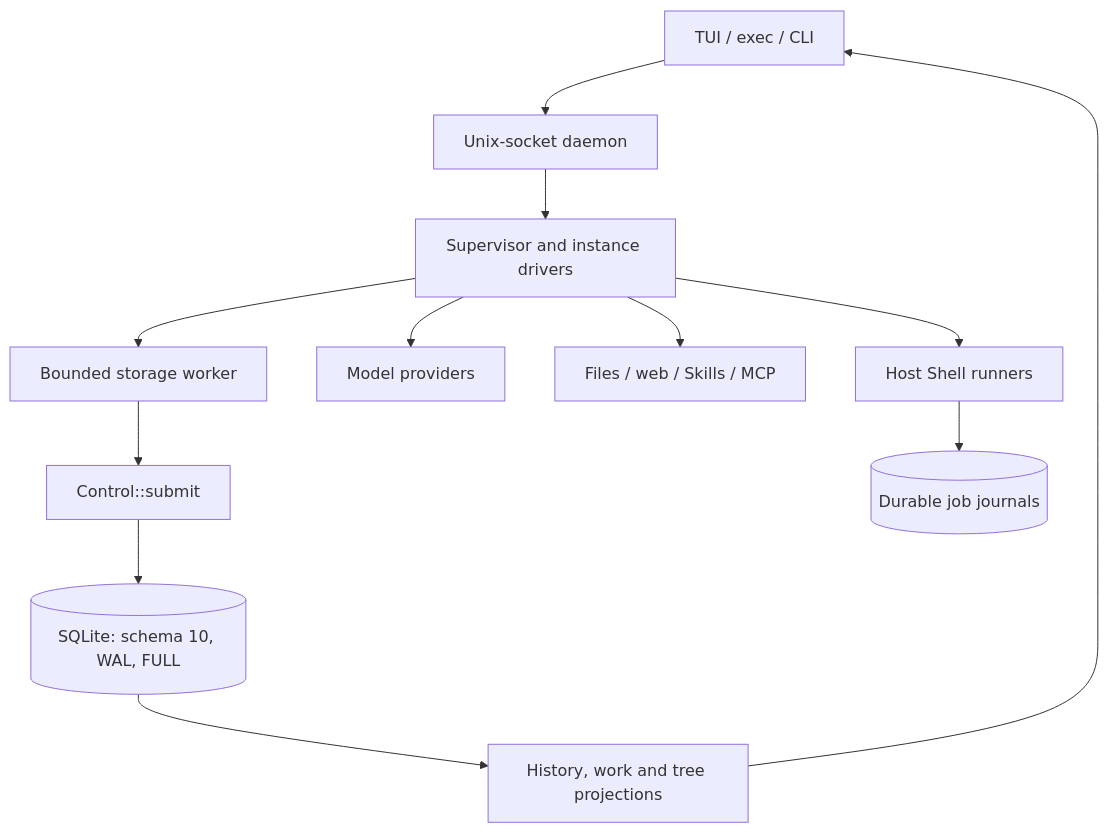
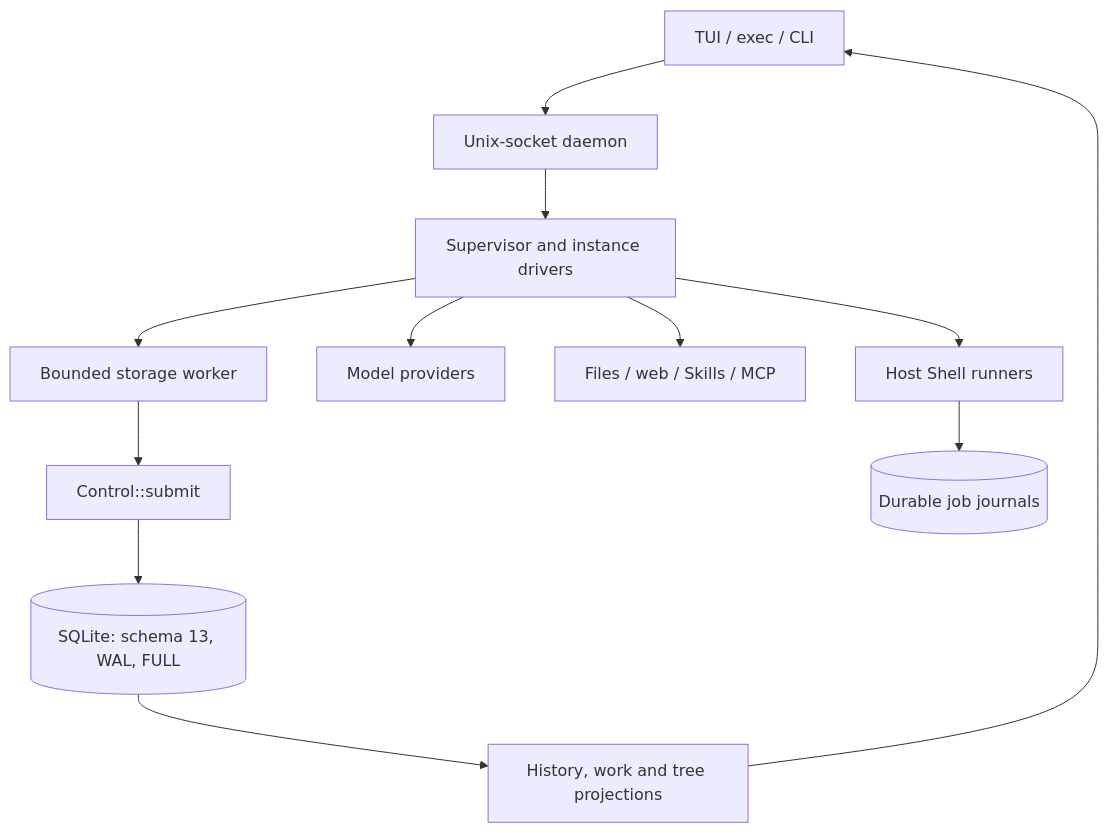
Before and after one commit to seek-hope/TeamAgents: the first of 3 diagrams in docs/ARCHITECTURE.md, drawn with Mermaid. The commit also changed other lines of this file and 73 other files, not shown here.

````diff
--- a/docs/ARCHITECTURE.md
+++ b/docs/ARCHITECTURE.md
@@ -8,17 +8,17 @@
 ```mermaid
 flowchart TB
     accTitle: TeamAgents Component Ownership
     accDescr: Clients use one daemon and one storage/control path while providers, tools and runners remain outside transactions.
 
     clients["TUI / exec / CLI"] --> daemon["Unix-socket daemon"]
     daemon --> supervisor["Supervisor and instance drivers"]
     supervisor --> storage["Bounded storage worker"]
     storage --> control["Control::submit"]
-    control --> database[("SQLite: schema 10, WAL, FULL")]
+    control --> database[("SQLite: schema 13, WAL, FULL")]
     supervisor --> providers["Model providers"]
     supervisor --> tools["Files / web / Skills / MCP"]
     supervisor --> runners["Host Shell runners"]
     runners --> journals[("Durable job journals")]
     database --> views["History, work and tree projections"]
     views --> clients
 ```
````
